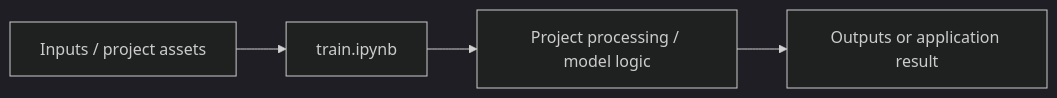
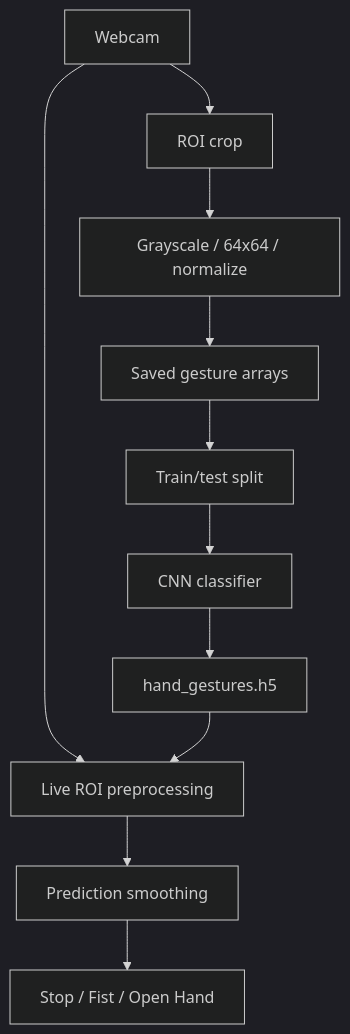
Before and after one commit to Rajkumar-Ai-Engineer/120_ProjectStreak: the diagram in Machine_Learning/HandGesture/README.md, drawn with Mermaid (dark theme). The commit also changed other lines of this file, not shown here.

Commit message:
docs(ml): improve HandGesture project documentation

````diff
--- a/Machine_Learning/HandGesture/README.md
+++ b/Machine_Learning/HandGesture/README.md
@@ -21,6 +21,13 @@
 ```mermaid
-flowchart LR
-    I[Inputs / project assets] --> E[train.ipynb]
-    E --> P[Project processing / model logic]
-    P --> O[Outputs or application result]
+flowchart TD
+ A[Webcam] --> B[ROI crop]
+ B --> C[Grayscale / 64x64 / normalize]
+ C --> D[Saved gesture arrays]
+ D --> E[Train/test split]
+ E --> F[CNN classifier]
+ F --> G[hand_gestures.h5]
+ A --> H[Live ROI preprocessing]
+ G --> H
+ H --> I[Prediction smoothing]
+ I --> J[Stop / Fist / Open Hand]
 ```
````
